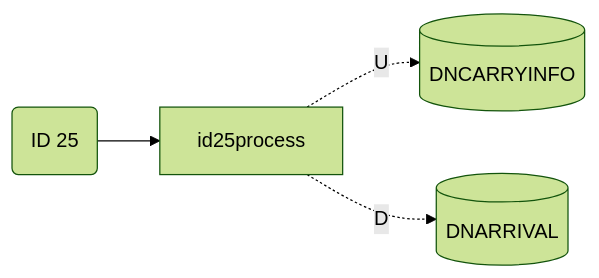
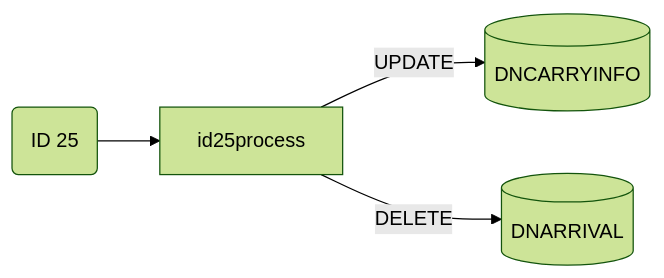
One commit to luthfiadityaa/SimeDarby-Wiki changed diagram 12 of 17 in Basic-Design/DFD-WMS/Retrieval/QC-Setting/Retrieval-for-QC-Start.md. Above: the diagram before and after it, drawn with Mermaid (forest theme).

Commit message:
Updated Retrieval for QC Start

```diff
--- a/Basic-Design/DFD-WMS/Retrieval/QC-Setting/Retrieval-for-QC-Start.md
+++ b/Basic-Design/DFD-WMS/Retrieval/QC-Setting/Retrieval-for-QC-Start.md
@@ -499,18 +499,18 @@
 ::: mermaid
 flowchart LR
 
 id25("
 ID 25
 ")
 
 id25-update[("
 DNCARRYINFO
 ")]
 id25-delete[("
 DNARRIVAL
 ")]
 
 id25-->id25process
-id25process-.U.->id25-update
-id25process-.D.->id25-delete
+id25process--> |UPDATE| id25-update
+id25process--> |DELETE| id25-delete
 :::
```
